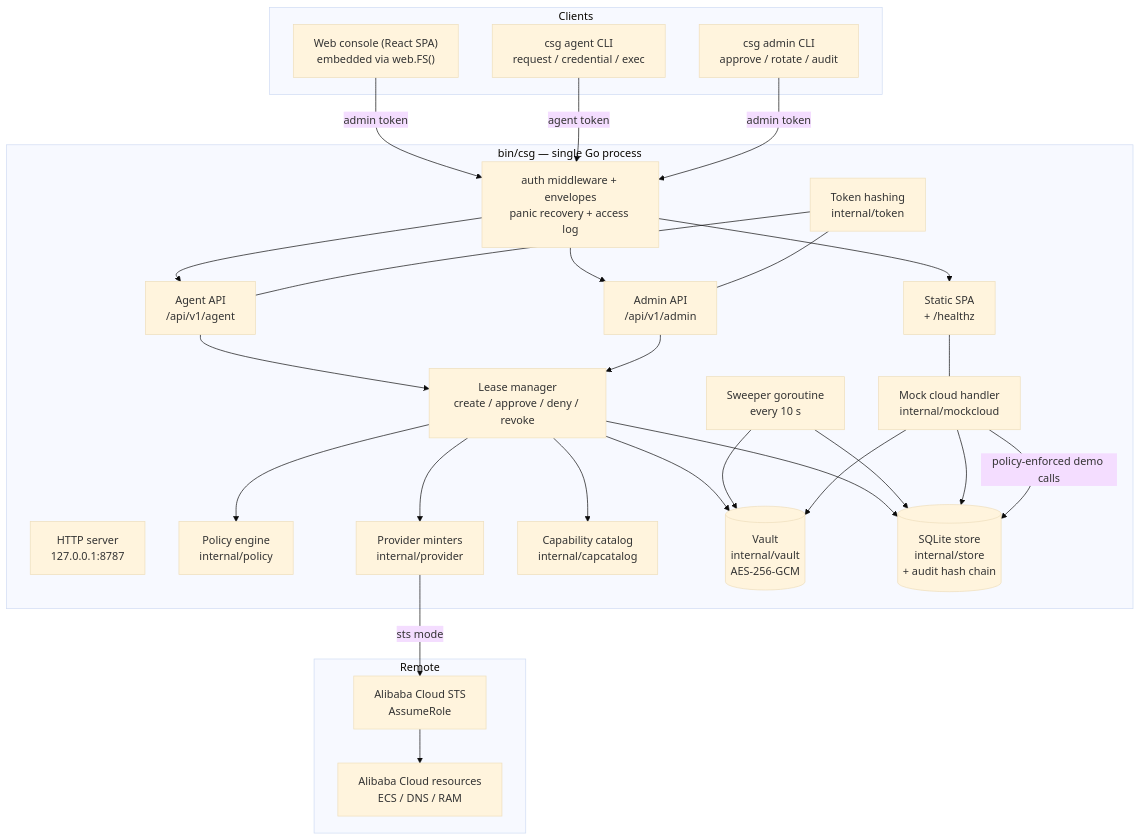
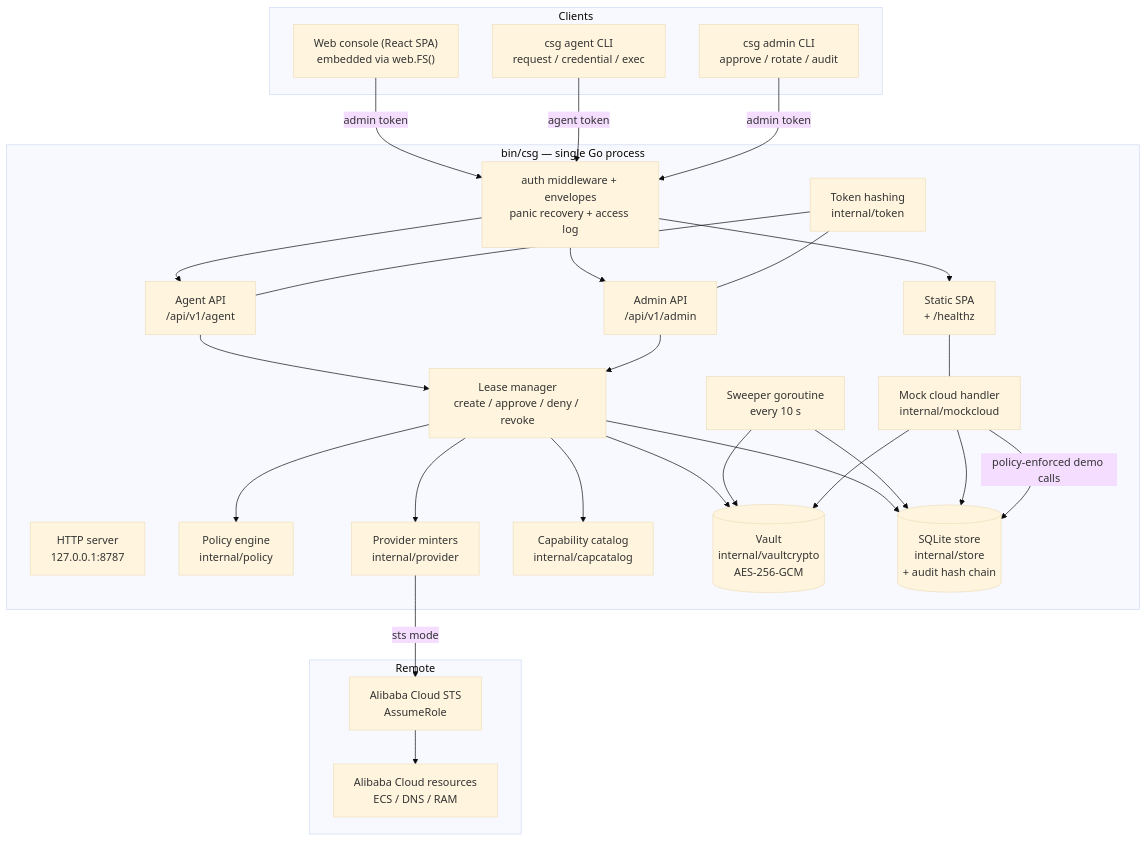
The first of 7 diagrams in docs/ARCHITECTURE.md (ArveyKao/cloud-safeguard-), drawn with Mermaid (base theme) before and after one commit. The commit also changed other lines of this file and 8 other files, not shown here.

First line of the commit message:
refactor: move vault package dir to internal/vaultcrypto

````diff
--- a/docs/ARCHITECTURE.md
+++ b/docs/ARCHITECTURE.md
@@ -31,51 +31,51 @@
 ```mermaid
 flowchart TB
     subgraph clients ["Clients"]
         CONSOLE["Web console (React SPA)<br/>embedded via web.FS()"]
         AGENTCLI["csg agent CLI<br/>request / credential / exec"]
         ADMINCLI["csg admin CLI<br/>approve / rotate / audit"]
     end
     subgraph binary ["bin/csg — single Go process"]
         HTTP["HTTP server<br/>127.0.0.1:8787"]
         MW["auth middleware + envelopes<br/>panic recovery + access log"]
         AGENTAPI["Agent API<br/>/api/v1/agent"]
         ADMINAPI["Admin API<br/>/api/v1/admin"]
         STATIC["Static SPA<br/>+ /healthz"]
         POLICY["Policy engine<br/>internal/policy"]
         LEASE["Lease manager<br/>create / approve / deny / revoke"]
         SWEEPER["Sweeper goroutine<br/>every 10 s"]
         MINTER["Provider minters<br/>internal/provider"]
         MOCKC["Mock cloud handler<br/>internal/mockcloud"]
         CATALOG["Capability catalog<br/>internal/capcatalog"]
         TOKENS["Token hashing<br/>internal/token"]
-        VAULT[("Vault<br/>internal/vault<br/>AES-256-GCM")]
+        VAULT[("Vault<br/>internal/vaultcrypto<br/>AES-256-GCM")]
         STORE[("SQLite store<br/>internal/store<br/>+ audit hash chain")]
     end
     subgraph remote ["Remote"]
         STS["Alibaba Cloud STS<br/>AssumeRole"]
         ALIYUN["Alibaba Cloud resources<br/>ECS / DNS / RAM"]
     end
     CONSOLE -->|"admin token"| MW
     AGENTCLI -->|"agent token"| MW
     ADMINCLI -->|"admin token"| MW
     MW --> AGENTAPI
     MW --> ADMINAPI
     MW --> STATIC
     AGENTAPI --> LEASE
     ADMINAPI --> LEASE
     LEASE --> POLICY
     LEASE --> CATALOG
     LEASE --> VAULT
     LEASE --> MINTER
     LEASE --> STORE
     SWEEPER --> STORE
     SWEEPER --> VAULT
     MOCKC --> STORE
     MOCKC --> VAULT
     STATIC --- MOCKC
     MINTER -->|"sts mode"| STS
     STS --> ALIYUN
     MOCKC -->|"policy-enforced demo calls"| STORE
     TOKENS --- ADMINAPI
     TOKENS --- AGENTAPI
 ```
````
